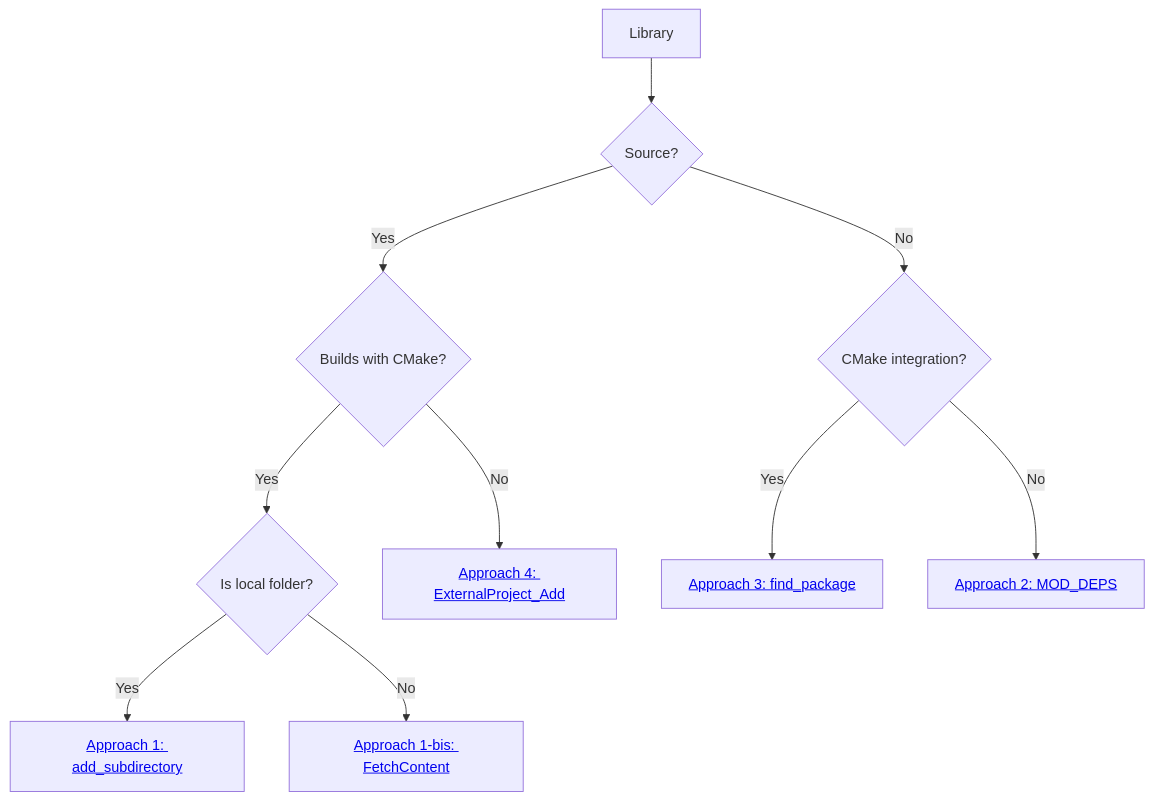
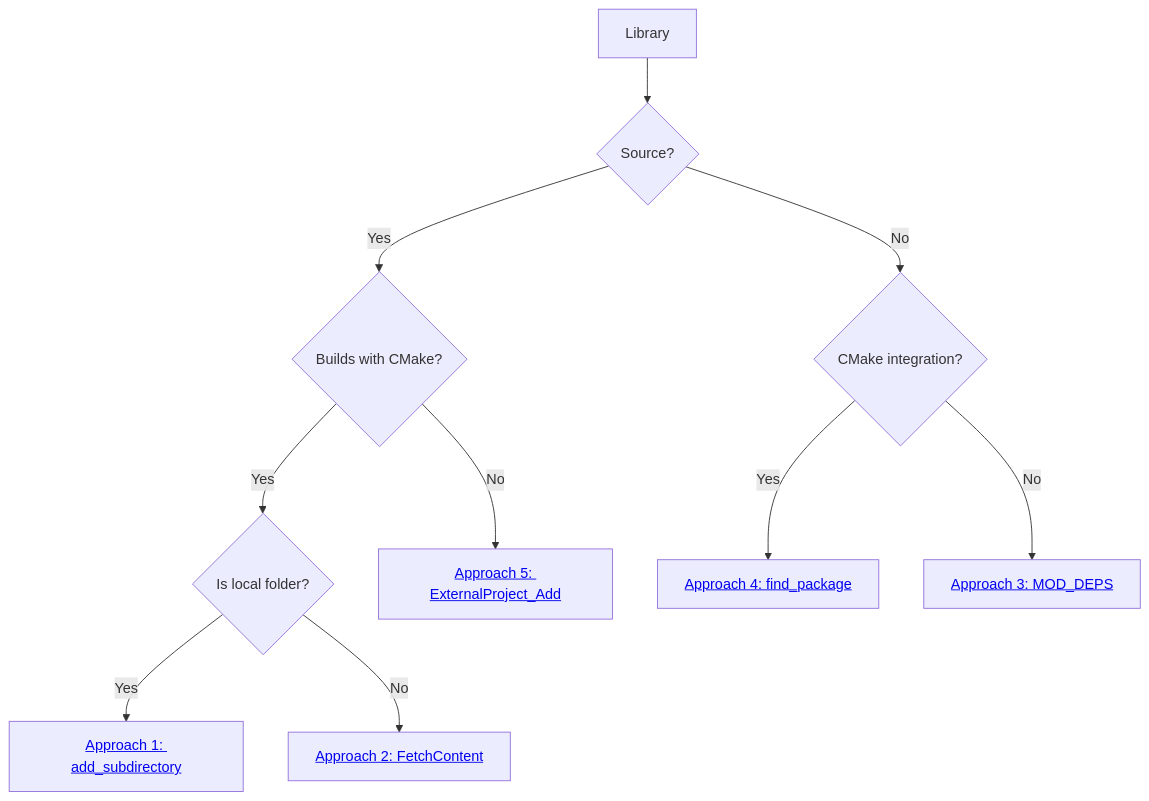
One commit to nasa/fprime changed the diagram in docs/how-to/integrate-external-libraries.md. Above: the diagram before and after it, drawn with Mermaid. The commit also changed other lines of this file, not shown here.

````diff
--- a/docs/how-to/integrate-external-libraries.md
+++ b/docs/how-to/integrate-external-libraries.md
@@ -24,12 +24,12 @@
 ```mermaid
 flowchart TD  
     Library-->Source{Source?}  
     Source-->|Yes| CMakeSourceSupport{Builds with CMake?}  
         CMakeSourceSupport-->|Yes|IsSubmodule{Is local folder?}  
             IsSubmodule-->|Yes| AddSubdirectory[<a href='#add_subdirectory'>Approach 1: add_subdirectory</a>]  
-            IsSubmodule-->|No| FetchContent[<a href='#fetchcontent'>Approach 1-bis: FetchContent</a>]  
-        CMakeSourceSupport-->|No|ExternalProject_Add[<a href='#externalproject_add'>Approach 4: ExternalProject_Add</a>]  
+            IsSubmodule-->|No| FetchContent[<a href='#fetchcontent'>Approach 2: FetchContent</a>]  
+        CMakeSourceSupport-->|No|ExternalProject_Add[<a href='#externalproject_add'>Approach 5: ExternalProject_Add</a>]  
     Source-->|No| CMakePackageSupport{CMake integration?}  
-        CMakePackageSupport-->|Yes| find_package[<a href='#find_package'>Approach 3: find_package</a>]  
-        CMakePackageSupport-->|No| MOD_DEPS[<a href='#mod_deps'>Approach 2: MOD_DEPS</a>]  
+        CMakePackageSupport-->|Yes| find_package[<a href='#find_package'>Approach 4: find_package</a>]  
+        CMakePackageSupport-->|No| MOD_DEPS[<a href='#mod_deps'>Approach 3: MOD_DEPS</a>]  
 ```
````
